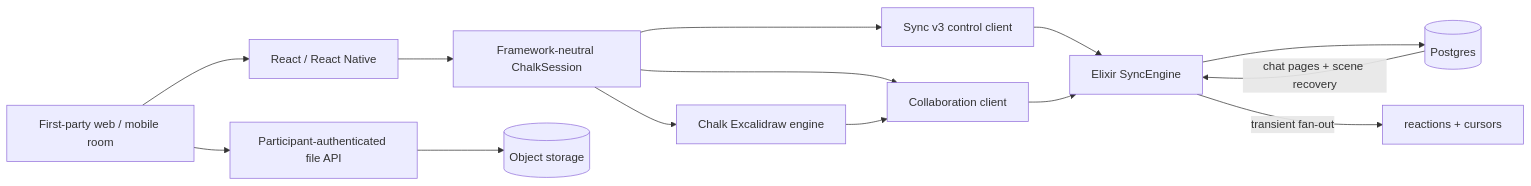
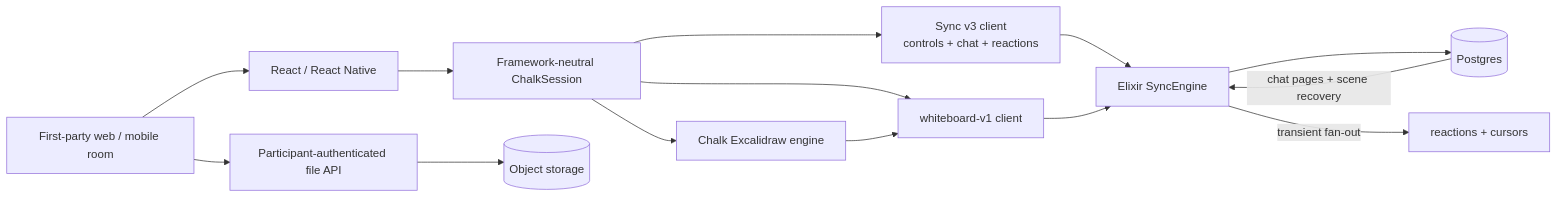
Before and after one commit to Q9Labs/chalk: the first of 2 diagrams in scratchpad/chalk-room-actions-spec-2026-07-29.md, drawn with Mermaid. The commit also changed other lines of this file and 4 other files, not shown here.

Commit message:
docs(spec): finalize room action architecture

````diff
--- a/scratchpad/chalk-room-actions-spec-2026-07-29.md
+++ b/scratchpad/chalk-room-actions-spec-2026-07-29.md
@@ -158,17 +155,17 @@
 ```mermaid
 flowchart LR
   APP["First-party web / mobile room"] --> ADAPTER["React / React Native"]
   ADAPTER --> SESSION["Framework-neutral ChalkSession"]
-  SESSION --> CONTROL["Sync v3 control client"]
-  SESSION --> COLLAB["Collaboration client"]
-  CONTROL --> SYNC["Elixir SyncEngine"]
-  COLLAB --> SYNC
+  SESSION --> SYNCV3["Sync v3 client<br/>controls + chat + reactions"]
+  SESSION --> BOARD["whiteboard-v1 client"]
+  SYNCV3 --> SYNC["Elixir SyncEngine"]
+  BOARD --> SYNC
   SYNC --> PG[("Postgres")]
   SESSION --> EX["Chalk Excalidraw engine"]
-  EX --> COLLAB
+  EX --> BOARD
   APP --> FILEAPI["Participant-authenticated file API"]
   FILEAPI --> R2[("Object storage")]
 
   SYNC -- "transient fan-out" --> LIVE["reactions + cursors"]
   PG -- "chat pages + scene recovery" --> SYNC
 ```
````
